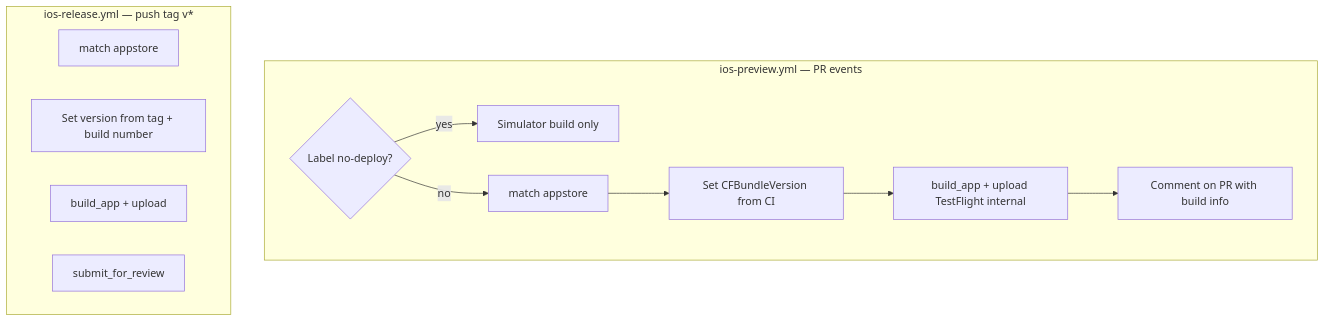
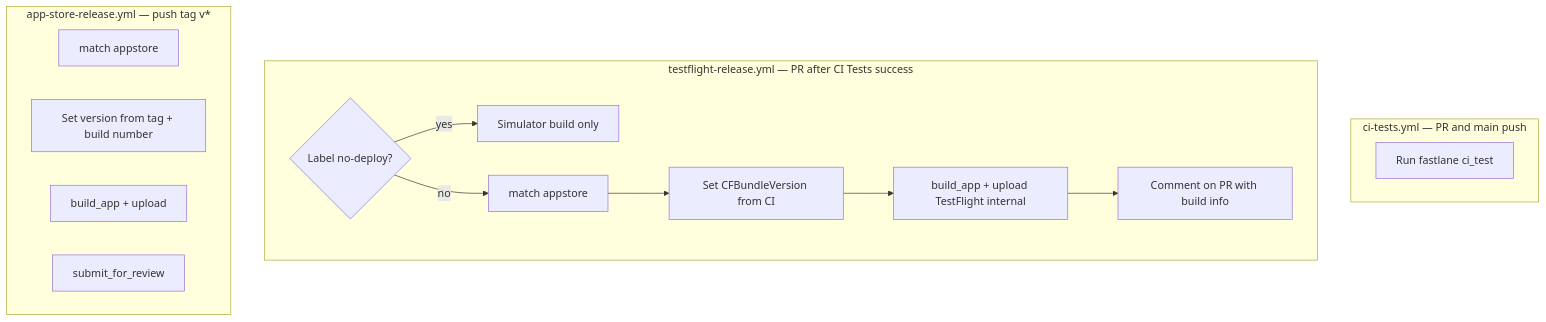
The diagram in docs/specs/2026-05-24-ios-cicd-design.md (chriskelly/MusicWall), drawn with Mermaid before and after one commit. The commit also changed other lines of this file and 11 other files, not shown here.

First line of the commit message:
ci: split CI tests from TestFlight and rename workflows (#12)

````diff
--- a/docs/specs/2026-05-24-ios-cicd-design.md
+++ b/docs/specs/2026-05-24-ios-cicd-design.md
@@ -25,17 +25,20 @@
 ```mermaid
 flowchart TB
-  subgraph preview [ios-preview.yml — PR events]
+  subgraph ciTests [ci-tests.yml — PR and main push]
+    T[Run fastlane ci_test]
+  end
+  subgraph preview [testflight-release.yml — PR after CI Tests success]
     A{Label no-deploy?}
     A -->|yes| B[Simulator build only]
     A -->|no| C[match appstore]
     C --> D[Set CFBundleVersion from CI]
     D --> E[build_app + upload TestFlight internal]
     E --> F[Comment on PR with build info]
   end
-  subgraph release [ios-release.yml — push tag v*]
+  subgraph release [app-store-release.yml — push tag v*]
     G[match appstore]
     H[Set version from tag + build number]
     I[build_app + upload]
     J[submit_for_review]
   end
 ```
````
